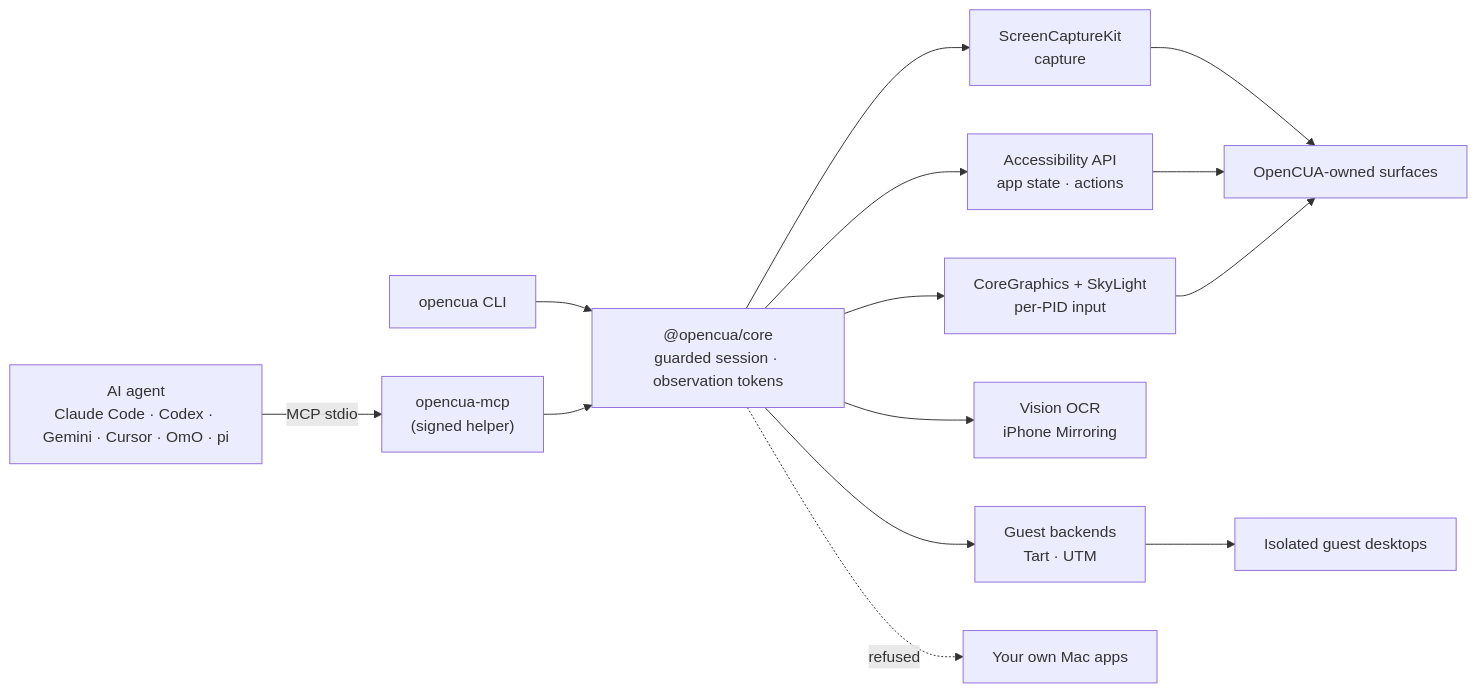
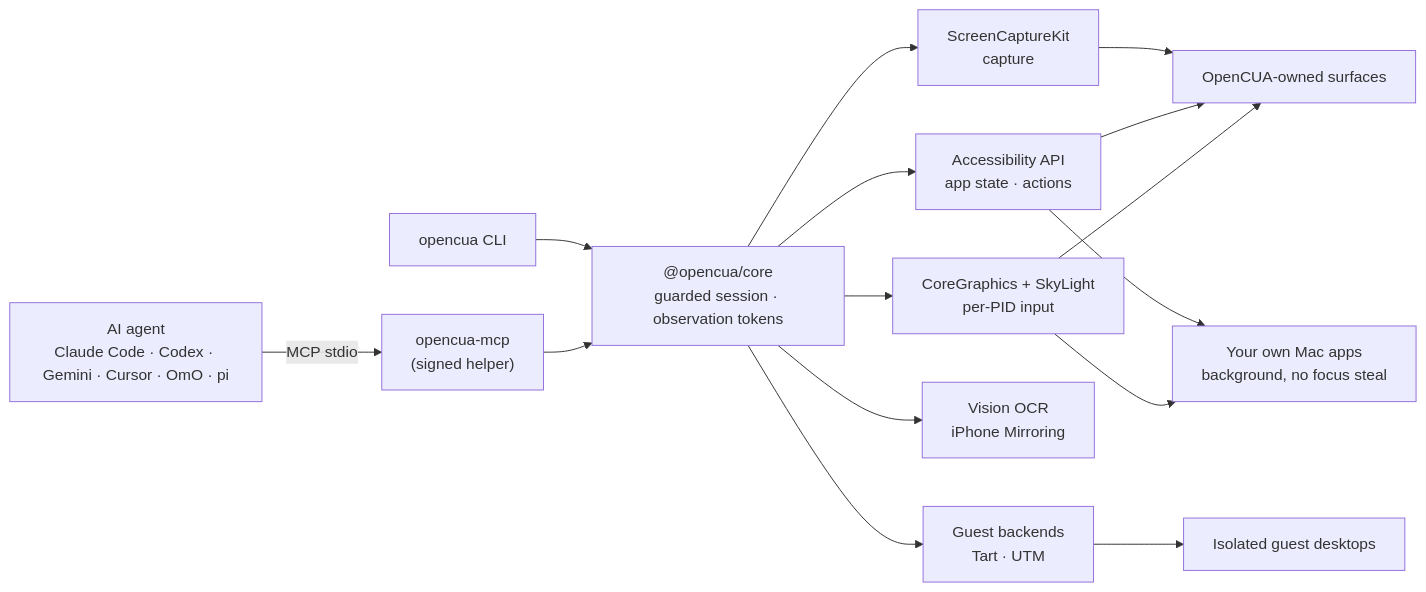
The diagram in README.md (trac3r00/opencua), drawn with Mermaid before and after one commit. The commit also changed other lines of this file and 32 other files, not shown here.

First line of the commit message:
feat: drive your own Mac apps in the background: per-PID input, capture and clipboard

````diff
--- a/README.md
+++ b/README.md
@@ -314,14 +315,14 @@
 ```mermaid
 flowchart LR
     A["AI agent<br/>Claude Code · Codex · Gemini · Cursor · OmO · pi"] -->|MCP stdio| M["opencua-mcp<br/>(signed helper)"]
     C["opencua CLI"] --> K
     M --> K["@opencua/core<br/>guarded session · observation tokens"]
     K --> S["ScreenCaptureKit<br/>capture"]
     K --> X["Accessibility API<br/>app state · actions"]
     K --> G["CoreGraphics + SkyLight<br/>per-PID input"]
     K --> V["Vision OCR<br/>iPhone Mirroring"]
     K --> T["Guest backends<br/>Tart · UTM"]
     S & X & G --> OWN["OpenCUA-owned surfaces"]
+    X & G --> HOST["Your own Mac apps<br/>background, no focus steal"]
     T --> GUEST["Isolated guest desktops"]
-    K -. refused .-> HOST["Your own Mac apps"]
 ```
````
